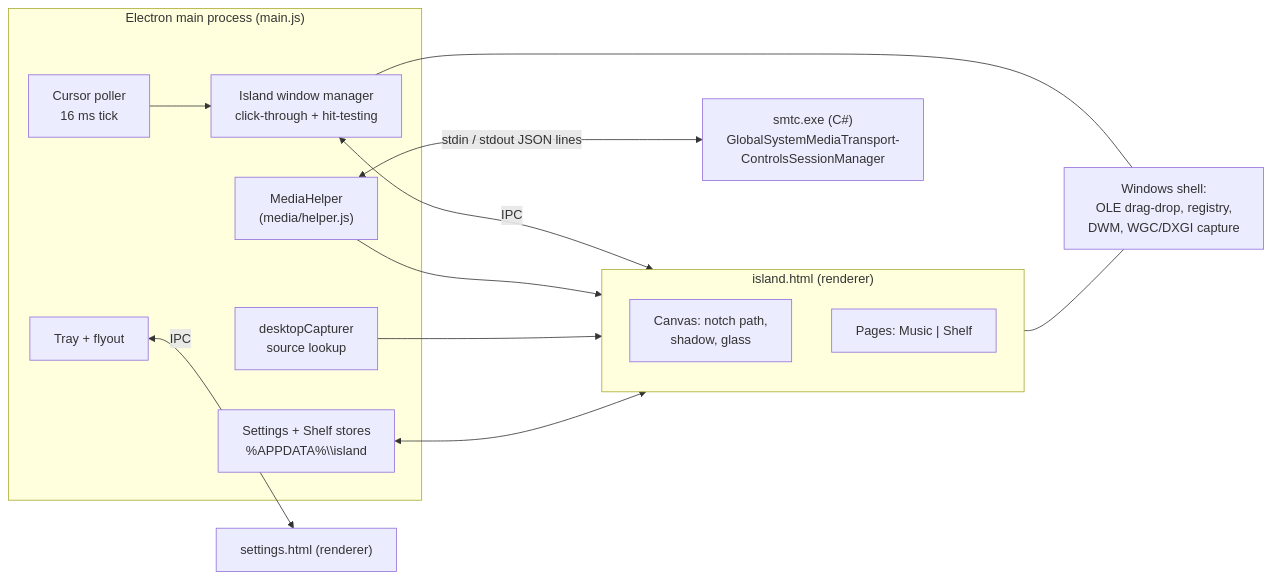
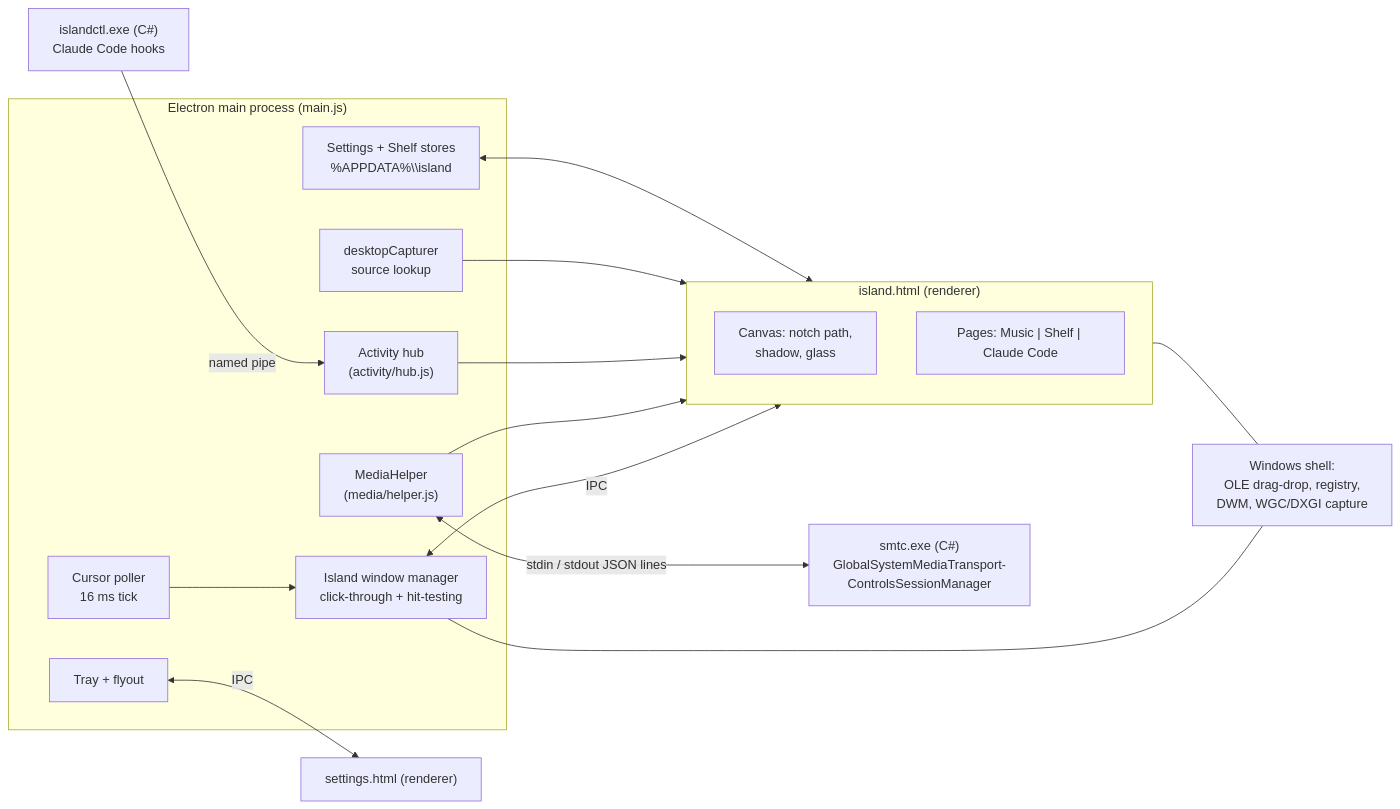
The first of 2 diagrams in README.md (yatinannam/island), drawn with Mermaid before and after one commit. The commit also changed other lines of this file and 7 other files, not shown here.

````diff
--- a/README.md
+++ b/README.md
@@ -65,28 +114,32 @@
 ```mermaid
 flowchart LR
   subgraph main["Electron main process (main.js)"]
     tick["Cursor poller<br/>16 ms tick"]
     win["Island window manager<br/>click-through + hit-testing"]
     tray["Tray + flyout"]
     store["Settings + Shelf stores<br/>%APPDATA%\\island"]
     bridge["MediaHelper<br/>(media/helper.js)"]
+    hub["Activity hub<br/>(activity/hub.js)"]
     cap["desktopCapturer<br/>source lookup"]
   end
   subgraph island["island.html (renderer)"]
     canvas["Canvas: notch path,<br/>shadow, glass"]
-    pages["Pages: Music | Shelf"]
+    pages["Pages: Music | Shelf | Claude Code"]
   end
   settingsR["settings.html (renderer)"]
   smtc["smtc.exe (C#)<br/>GlobalSystemMediaTransport-<br/>ControlsSessionManager"]
+  ctl["islandctl.exe (C#)<br/>Claude Code hooks"]
   shellOS["Windows shell:<br/>OLE drag-drop, registry,<br/>DWM, WGC/DXGI capture"]
 
   tick --> win
   win <-- IPC --> island
   tray <-- IPC --> settingsR
   bridge <-- "stdin / stdout JSON lines" --> smtc
+  ctl -- "named pipe" --> hub
   bridge --> island
+  hub --> island
   cap --> island
   store <--> island
   win --- shellOS
   island --- shellOS
 ```
````
